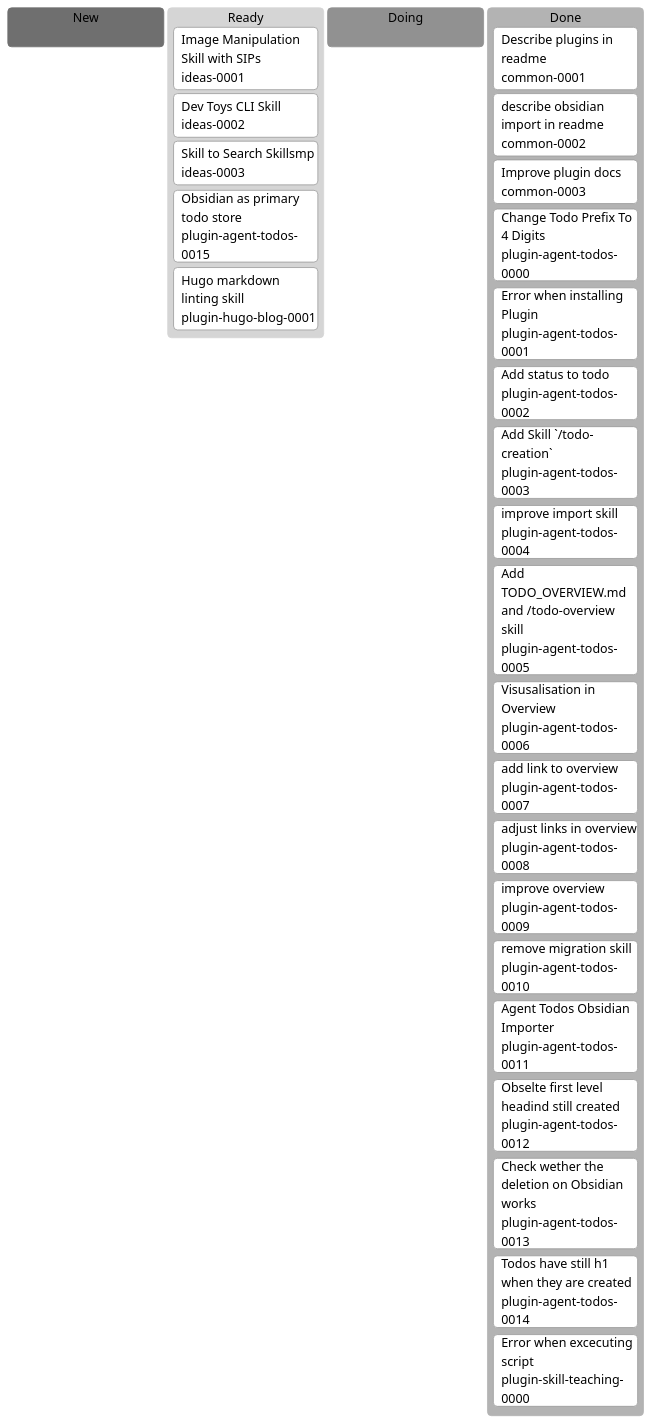
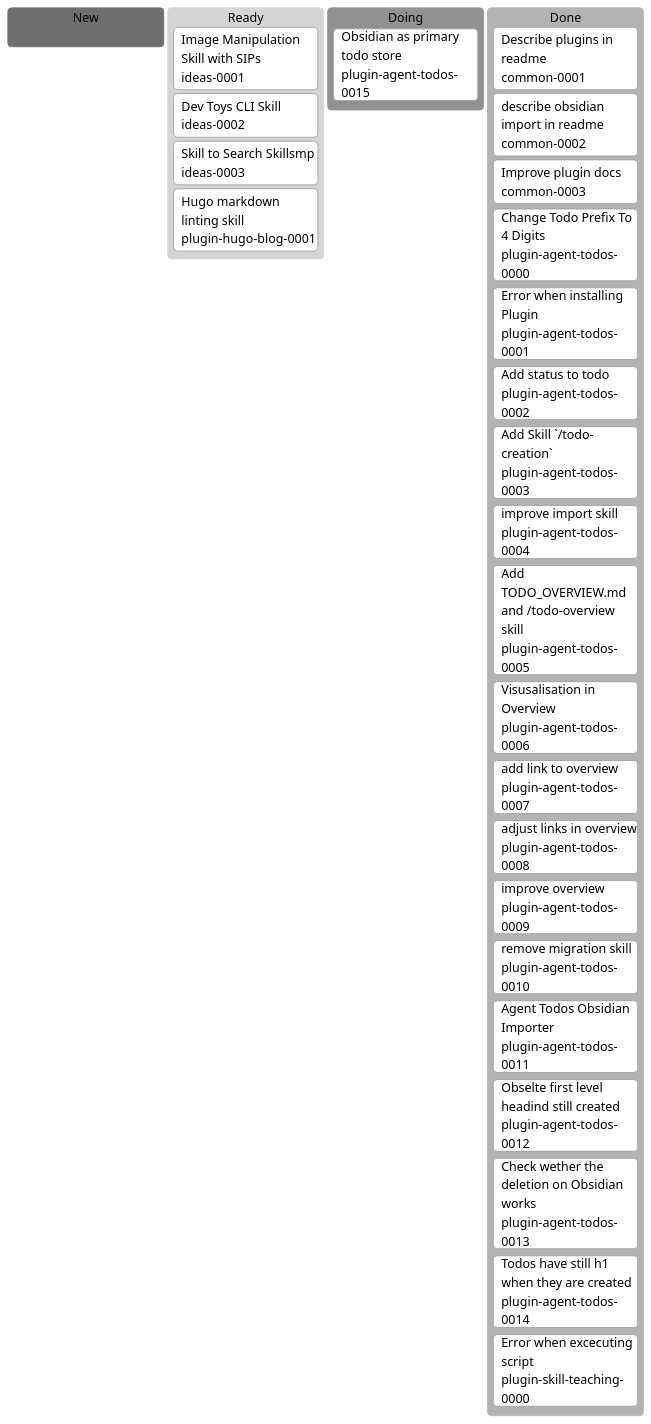
The diagram in docs/agent-todos/TODO_OVERVIEW.md (erich3000/ji-agent-skills), drawn with Mermaid before and after one commit. The commit also changed other lines of this file and 16 other files, not shown here.

First line of the commit message:
feat(agent-todos): add Obsidian as configurable primary todo store (v0.3.0)

````diff
--- a/docs/agent-todos/TODO_OVERVIEW.md
+++ b/docs/agent-todos/TODO_OVERVIEW.md
@@ -7,34 +7,33 @@
 ```mermaid
 %%{init: {"theme":"neutral"}}%%
 kanban
   new[New]
 
   ready[Ready]
     ideas-0001[Image Manipulation Skill with SIPs]@{ ticket: ideas-0001 }
     ideas-0002[Dev Toys CLI Skill]@{ ticket: ideas-0002 }
     ideas-0003[Skill to Search Skillsmp]@{ ticket: ideas-0003 }
-    plugin-agent-todos-0015[Obsidian as primary todo store]@{ ticket: plugin-agent-todos-0015 }
     plugin-hugo-blog-0001[Hugo markdown linting skill]@{ ticket: plugin-hugo-blog-0001 }
   doing[Doing]
-
+    plugin-agent-todos-0015[Obsidian as primary todo store]@{ ticket: plugin-agent-todos-0015 }
   done[Done]
     common-0001[Describe plugins in readme]@{ ticket: common-0001 }
     common-0002[describe obsidian import in readme]@{ ticket: common-0002 }
     common-0003[Improve plugin docs]@{ ticket: common-0003 }
     plugin-agent-todos-0000[Change Todo Prefix To 4 Digits]@{ ticket: plugin-agent-todos-0000 }
     plugin-agent-todos-0001[Error when installing Plugin]@{ ticket: plugin-agent-todos-0001 }
     plugin-agent-todos-0002[Add status to todo]@{ ticket: plugin-agent-todos-0002 }
     plugin-agent-todos-0003[Add Skill `/todo-creation`]@{ ticket: plugin-agent-todos-0003 }
     plugin-agent-todos-0004[improve import skill]@{ ticket: plugin-agent-todos-0004 }
     plugin-agent-todos-0005[Add TODO_OVERVIEW.md and /todo-overview skill]@{ ticket: plugin-agent-todos-0005 }
     plugin-agent-todos-0006[Visusalisation in Overview]@{ ticket: plugin-agent-todos-0006 }
     plugin-agent-todos-0007[add link to overview]@{ ticket: plugin-agent-todos-0007 }
     plugin-agent-todos-0008[adjust links in overview]@{ ticket: plugin-agent-todos-0008 }
     plugin-agent-todos-0009[improve overview]@{ ticket: plugin-agent-todos-0009 }
     plugin-agent-todos-0010[remove migration skill]@{ ticket: plugin-agent-todos-0010 }
     plugin-agent-todos-0011[Agent Todos Obsidian Importer]@{ ticket: plugin-agent-todos-0011 }
     plugin-agent-todos-0012[Obselte first level headind still created]@{ ticket: plugin-agent-todos-0012 }
     plugin-agent-todos-0013[Check wether the deletion on Obsidian works]@{ ticket: plugin-agent-todos-0013 }
     plugin-agent-todos-0014[Todos have still h1 when they are created]@{ ticket: plugin-agent-todos-0014 }
     plugin-skill-teaching-0000[Error when excecuting script]@{ ticket: plugin-skill-teaching-0000 }
 ```
````
